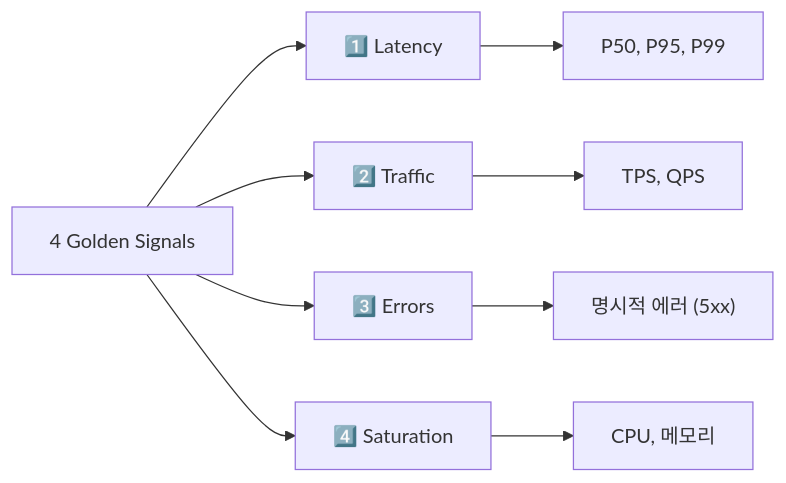
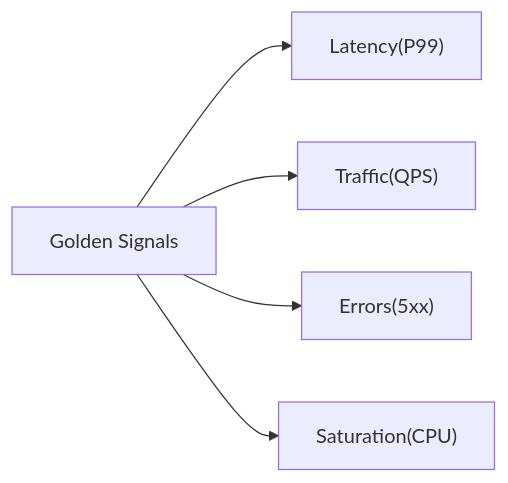
Before and after one commit to yjkim2015/yjkim2015.github.io: the first of 8 diagrams in _posts/monitoring/2026-05-03-sre-golden-signals.md, drawn with Mermaid. The commit also changed other lines of this file and 163 other files, not shown here.

First line of the commit message:
Mermaid 300개 블록 내용 축소: 5노드 5엣지 이하, 의미 있는 약어

````diff
--- a/_posts/monitoring/2026-05-03-sre-golden-signals.md
+++ b/_posts/monitoring/2026-05-03-sre-golden-signals.md
@@ -32,12 +32,7 @@
 ```mermaid
 graph LR
-    GS["4 Golden Signals"]
-    GS --> LAT["1️⃣ Latency"]
-    GS --> TRA["2️⃣ Traffic"]
-    GS --> ERR["3️⃣ Errors"]
-    GS --> SAT["4️⃣ Saturation"]
-    LAT --> LAT_D["P50, P95, P99"]
-    TRA --> TRA_D["TPS, QPS"]
-    ERR --> ERR_D["명시적 에러 (5xx)"]
-    SAT --> SAT_D["CPU, 메모리"]
+    GS["Golden Signals"] --> LAT["Latency(P99)"]
+    GS --> TRA["Traffic(QPS)"]
+    GS --> ERR["Errors(5xx)"]
+    GS --> SAT["Saturation(CPU)"]
 ```
````
